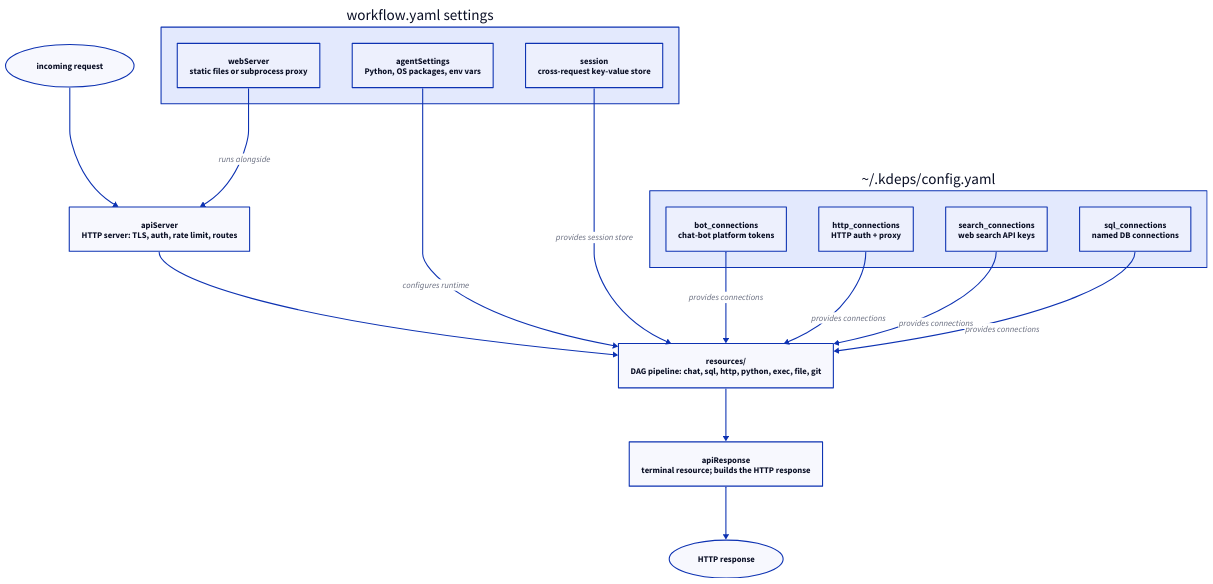
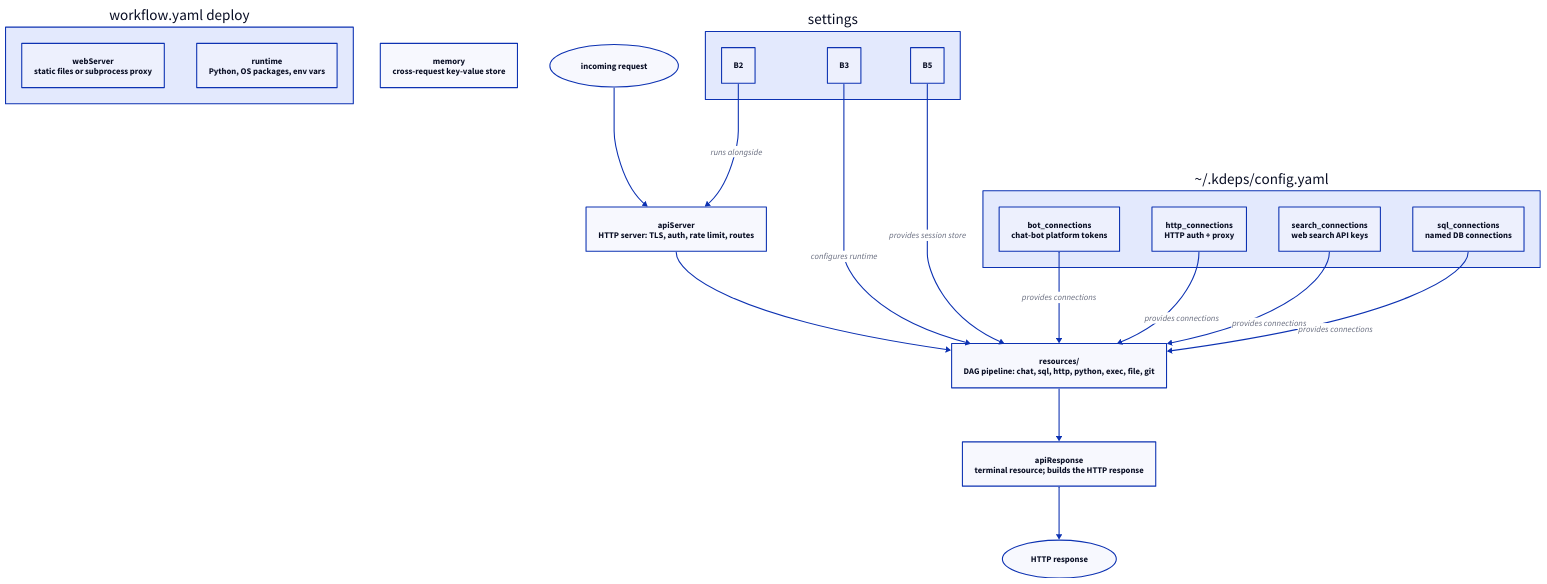
One commit to kdeps/kdeps changed the diagram in docs/v2/workflow/configuration.md. Above: the diagram before and after it, drawn with D2. The commit also changed other lines of this file and 394 other files, not shown here.

````diff
--- a/docs/v2/workflow/configuration.md
+++ b/docs/v2/workflow/configuration.md
@@ -7,32 +7,32 @@
 ```d2
 direction: down
 
 A: incoming request {shape: oval}
 B: "apiServer\nHTTP server: TLS, auth, rate limit, routes"
 C: "resources/\nDAG pipeline: chat, sql, http, python, exec, file, git"
 D: "apiResponse\nterminal resource; builds the HTTP response"
 E: HTTP response {shape: oval}
 
 A -> B -> C -> D -> E
 
-settings: workflow.yaml settings {
+deploy: workflow.yaml deploy {
   B2: "webServer\nstatic files or subprocess proxy"
-  B3: "agentSettings\nPython, OS packages, env vars"
-  B5: "session\ncross-request key-value store"
+  B3: "runtime\nPython, OS packages, env vars"
 }
+memory: "memory\ncross-request key-value store"
 
 global: "~/.kdeps/config.yaml" {
   G1: "bot_connections\nchat-bot platform tokens"
   G2: "http_connections\nHTTP auth + proxy"
   G3: "search_connections\nweb search API keys"
   G4: "sql_connections\nnamed DB connections"
 }
 
 settings.B3 -> C: configures runtime
 settings.B5 -> C: provides session store
 settings.B2 -> B: runs alongside
 global.G1 -> C: provides connections
 global.G2 -> C: provides connections
 global.G3 -> C: provides connections
 global.G4 -> C: provides connections
 ```
````
